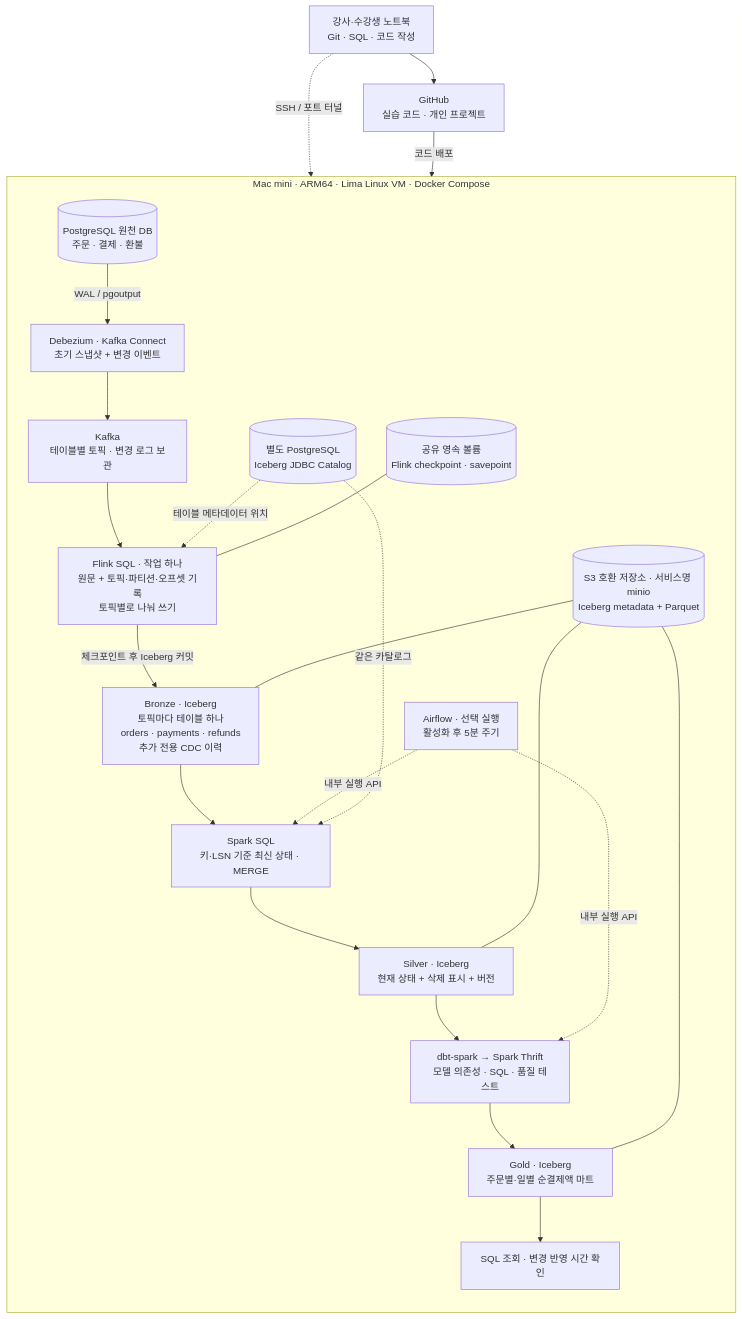
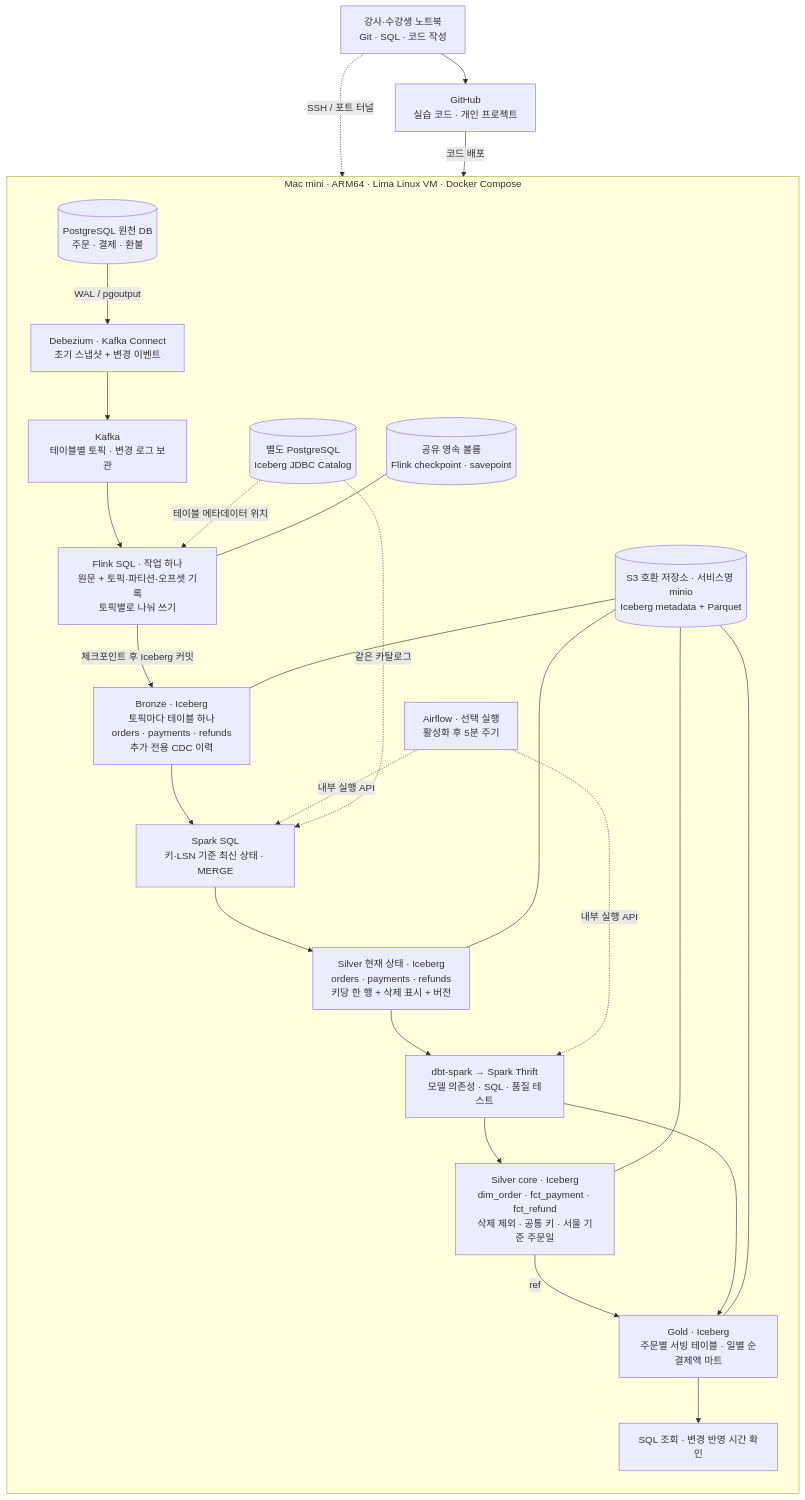
Before and after one commit to kim-dabin/cdc-lakehouse-study: the diagram in docs/architecture.md, drawn with Mermaid. The commit also changed other lines of this file and 2 other files, not shown here.

First line of the commit message:
Describe the Silver core and per-topic Bronze in Session 05 materials

````diff
--- a/docs/architecture.md
+++ b/docs/architecture.md
@@ -18,26 +18,29 @@
 ```mermaid
 flowchart TB
   author[강사·수강생 노트북<br/>Git · SQL · 코드 작성] --> github[GitHub<br/>실습 코드 · 개인 프로젝트]
   author -. SSH / 포트 터널 .-> mini
   github -->|코드 배포| mini
   subgraph mini[Mac mini · ARM64 · Lima Linux VM · Docker Compose]
     direction TB
     pg[(PostgreSQL 원천 DB<br/>주문 · 결제 · 환불)] -->|WAL / pgoutput| cdc[Debezium · Kafka Connect<br/>초기 스냅샷 + 변경 이벤트]
     cdc --> kafka[Kafka<br/>테이블별 토픽 · 변경 로그 보관]
     kafka --> flink[Flink SQL · 작업 하나<br/>원문 + 토픽·파티션·오프셋 기록<br/>토픽별로 나눠 쓰기]
     flink -->|체크포인트 후 Iceberg 커밋| bronze[Bronze · Iceberg<br/>토픽마다 테이블 하나<br/>orders · payments · refunds<br/>추가 전용 CDC 이력]
     bronze --> spark[Spark SQL<br/>키·LSN 기준 최신 상태 · MERGE]
-    spark --> silver[Silver · Iceberg<br/>현재 상태 + 삭제 표시 + 버전]
+    spark --> silver[Silver 현재 상태 · Iceberg<br/>orders · payments · refunds<br/>키당 한 행 + 삭제 표시 + 버전]
     silver --> dbt[dbt-spark → Spark Thrift<br/>모델 의존성 · SQL · 품질 테스트]
-    dbt --> gold[Gold · Iceberg<br/>주문별·일별 순결제액 마트]
+    dbt --> core[Silver core · Iceberg<br/>dim_order · fct_payment · fct_refund<br/>삭제 제외 · 공통 키 · 서울 기준 주문일]
+    core -->|ref| gold
+    dbt --> gold[Gold · Iceberg<br/>주문별 서빙 테이블 · 일별 순결제액 마트]
     gold --> query[SQL 조회 · 변경 반영 시간 확인]
     airflow[Airflow · 선택 실행<br/>활성화 후 5분 주기] -. 내부 실행 API .-> spark
     airflow -. 내부 실행 API .-> dbt
     catalog[(별도 PostgreSQL<br/>Iceberg JDBC Catalog)] -. 테이블 메타데이터 위치 .-> flink
     catalog -. 같은 카탈로그 .-> spark
     storage[(S3 호환 저장소 · 서비스명 minio<br/>Iceberg metadata + Parquet)] --- bronze
     storage --- silver
+    storage --- core
     storage --- gold
     checkpoint[(공유 영속 볼륨<br/>Flink checkpoint · savepoint)] --- flink
   end
 ```
````
